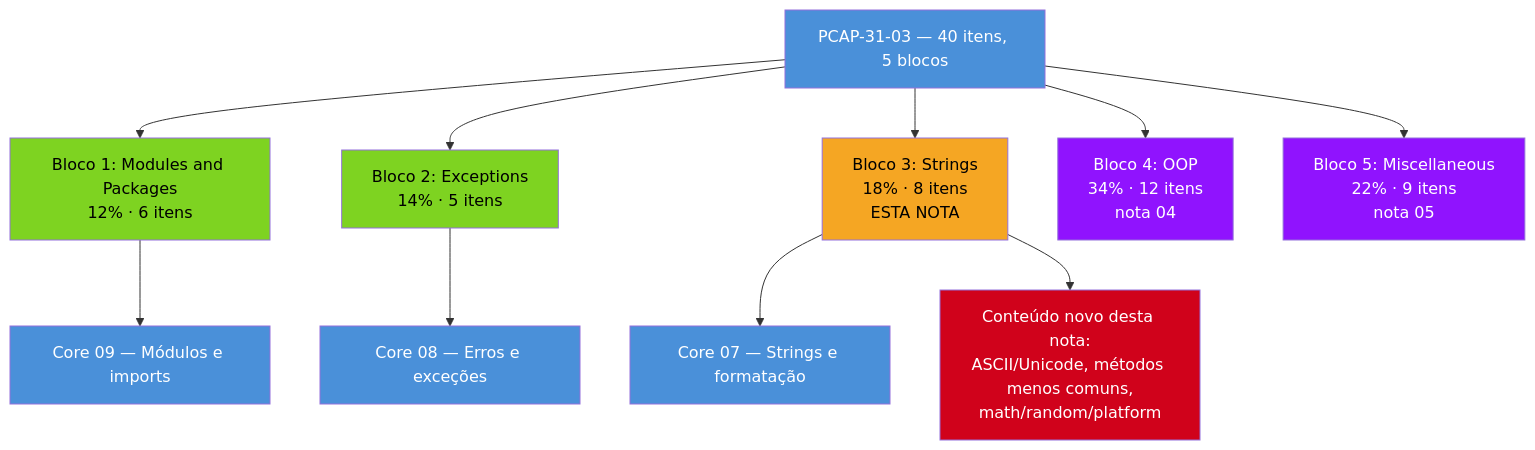
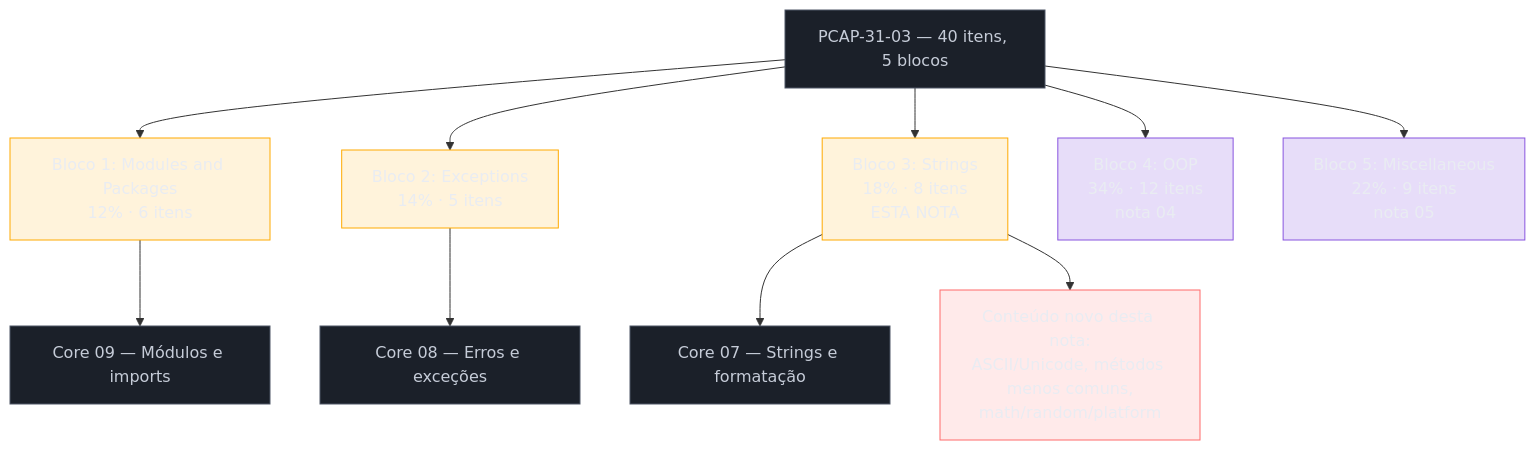
Before and after one commit to josenaldo/codex-technomanticus: the first of 2 diagrams in 03-Dominios/Tecnologia/Python/Certificação (PCEP-PCAP)/03 - PCAP — módulos, exceções e strings.md, drawn with Mermaid. The commit also changed other lines of this file and 1181 other files, not shown here.

First line of the commit message:
fix(diagramas): paleta do sistema no lugar de cor cravada no markdown

````diff
--- a/03-Dominios/Tecnologia/Python/Certificação (PCEP-PCAP)/03 - PCAP — módulos, exceções e strings.md
+++ b/03-Dominios/Tecnologia/Python/Certificação (PCEP-PCAP)/03 - PCAP — módulos, exceções e strings.md
@@ -27,24 +27,28 @@
 ```mermaid
 flowchart TB
+    classDef neutro fill:#1B2029,stroke:#4E5666,color:#C6CCD8
+    classDef destaque fill:#FFAA0024,stroke:#FFAA00,color:#E9ECF2
+    classDef marca fill:#8855DF33,stroke:#8855DF,color:#E9ECF2
+    classDef falha fill:#FF6B6B24,stroke:#FF6B6B,color:#E9ECF2
     PCAP["PCAP-31-03 — 40 itens, 5 blocos"] --> B1["Bloco 1: Modules and Packages<br/>12% · 6 itens"]
     PCAP --> B2["Bloco 2: Exceptions<br/>14% · 5 itens"]
     PCAP --> B3["Bloco 3: Strings<br/>18% · 8 itens<br/>ESTA NOTA"]
     PCAP --> B4["Bloco 4: OOP<br/>34% · 12 itens<br/>nota 04"]
     PCAP --> B5["Bloco 5: Miscellaneous<br/>22% · 9 itens<br/>nota 05"]
 
     B1 --> N09["Core 09 — Módulos e imports"]
     B2 --> N08["Core 08 — Erros e exceções"]
     B3 --> N07["Core 07 — Strings e formatação"]
     B3 --> NOVO["Conteúdo novo desta nota:<br/>ASCII/Unicode, métodos menos comuns,<br/>math/random/platform"]
 
-    style PCAP fill:#4A90D9,color:#fff
-    style B3 fill:#F5A623,color:#000
-    style B1 fill:#7ED321,color:#000
-    style B2 fill:#7ED321,color:#000
-    style B4 fill:#9013FE,color:#fff
-    style B5 fill:#9013FE,color:#fff
-    style N09 fill:#4A90D9,color:#fff
-    style N08 fill:#4A90D9,color:#fff
-    style N07 fill:#4A90D9,color:#fff
-    style NOVO fill:#D0021B,color:#fff
+    class PCAP neutro
+    class B3 destaque
+    class B1 destaque
+    class B2 destaque
+    class B4 marca
+    class B5 marca
+    class N09 neutro
+    class N08 neutro
+    class N07 neutro
+    class NOVO falha
 ```
````
